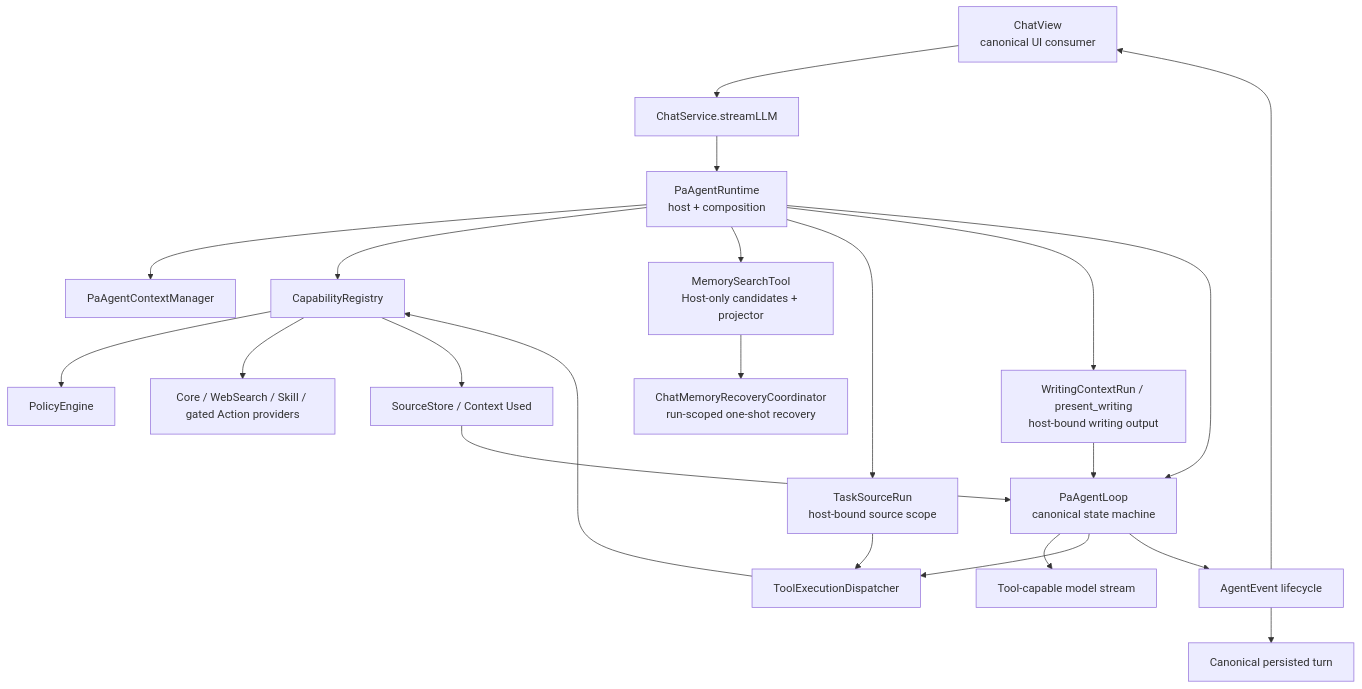
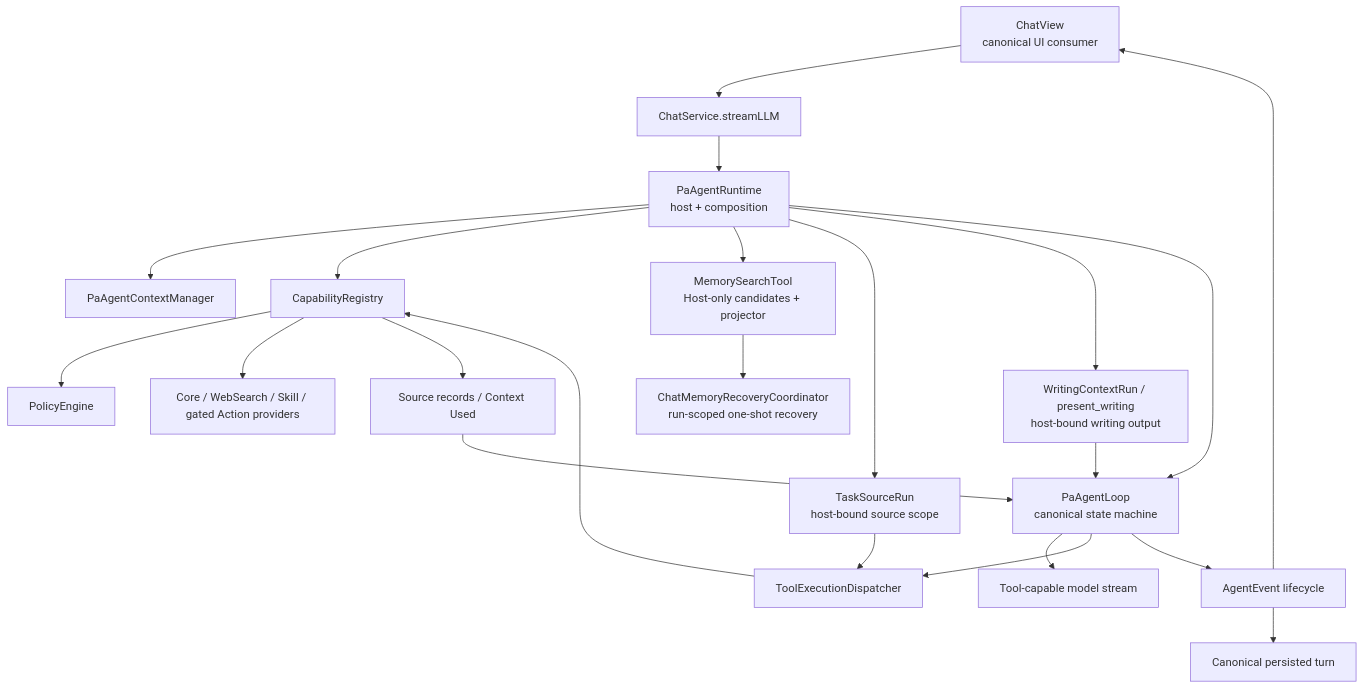
Before and after one commit to edonyzpc/personal-assistant: the diagram in docs/architecture/pa-agent-architecture-plan.md, drawn with Mermaid. The commit also changed other lines of this file and 18 other files, not shown here.

````diff
--- a/docs/architecture/pa-agent-architecture-plan.md
+++ b/docs/architecture/pa-agent-architecture-plan.md
@@ -23,34 +23,34 @@
 ```mermaid
 flowchart TD
   ChatView["ChatView\ncanonical UI consumer"]
   ChatService["ChatService.streamLLM"]
   Runtime["PaAgentRuntime\nhost + composition"]
   Context["PaAgentContextManager"]
   Registry["CapabilityRegistry"]
   Policy["PolicyEngine"]
   Providers["Core / WebSearch / Skill / gated Action providers"]
   Loop["PaAgentLoop\ncanonical state machine"]
   Model["Tool-capable model stream"]
   Dispatcher["ToolExecutionDispatcher"]
-  Sources["SourceStore / Context Used"]
+  Sources["Source records / Context Used"]
   Memory["MemorySearchTool\nHost-only candidates + projector"]
   Recovery["ChatMemoryRecoveryCoordinator\nrun-scoped one-shot recovery"]
   TaskScope["TaskSourceRun\nhost-bound source scope"]
   Writing["WritingContextRun / present_writing\nhost-bound writing output"]
   Events["AgentEvent lifecycle"]
   History["Canonical persisted turn"]
 
   ChatView --> ChatService --> Runtime
   Runtime --> Context
   Runtime --> Registry --> Policy
   Runtime --> Memory --> Recovery
   Runtime --> TaskScope --> Dispatcher
   Runtime --> Writing --> Loop
   Registry --> Providers
   Runtime --> Loop --> Model
   Loop --> Dispatcher --> Registry
   Registry --> Sources
   Sources --> Loop
   Loop --> Events --> ChatView
   Events --> History
 ```
````
